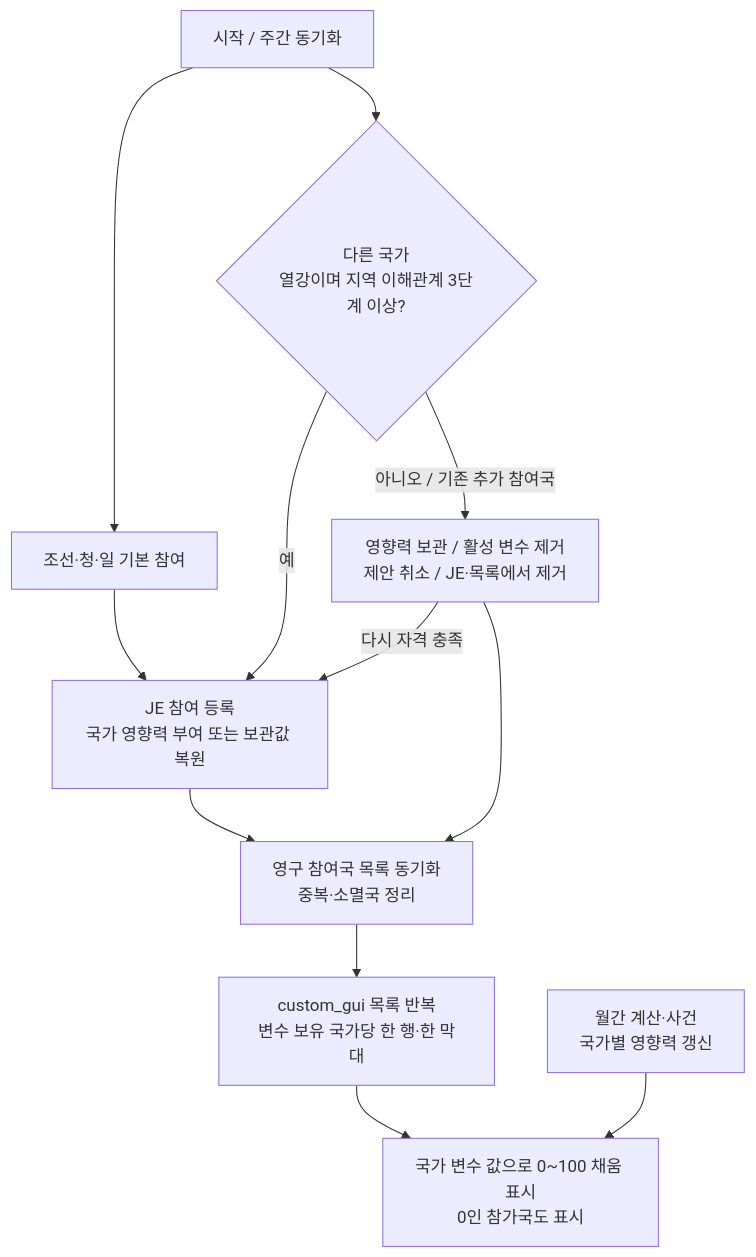
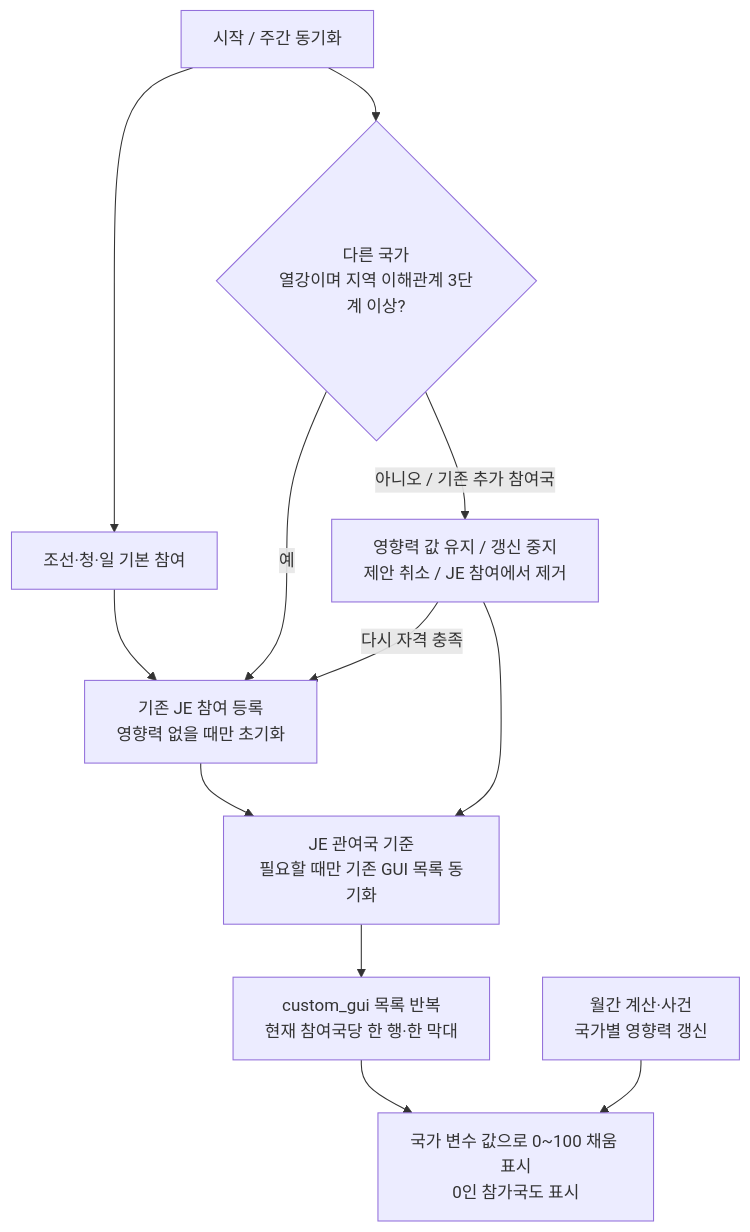
The second of 3 diagrams in scratch/scramble_for_korea_journal_design_plan.md (East-Asia-Flavor-Pack/East-Asia-Flavor-Pack), drawn with Mermaid before and after one commit. The commit also changed other lines of this file and 4 other files, not shown here.

````diff
--- a/scratch/scramble_for_korea_journal_design_plan.md
+++ b/scratch/scramble_for_korea_journal_design_plan.md
@@ -290,14 +307,14 @@
 ```mermaid
 flowchart TD
     T["시작 / 주간 동기화"] --> CORE["조선·청·일 기본 참여"]
     T --> EL{"다른 국가<br/>열강이며 지역 이해관계 3단계 이상?"}
-    CORE --> JOIN["JE 참여 등록<br/>국가 영향력 부여 또는 보관값 복원"]
+    CORE --> JOIN["기존 JE 참여 등록<br/>영향력 없을 때만 초기화"]
     EL -->|예| JOIN
-    EL -->|아니오 / 기존 추가 참여국| EXIT["영향력 보관 / 활성 변수 제거<br/>제안 취소 / JE·목록에서 제거"]
-    JOIN --> LIST["영구 참여국 목록 동기화<br/>중복·소멸국 정리"]
+    EL -->|아니오 / 기존 추가 참여국| EXIT["영향력 값 유지 / 갱신 중지<br/>제안 취소 / JE 참여에서 제거"]
+    JOIN --> LIST["JE 관여국 기준<br/>필요할 때만 기존 GUI 목록 동기화"]
     EXIT --> LIST
-    LIST --> GUI["custom_gui 목록 반복<br/>변수 보유 국가당 한 행·한 막대"]
+    LIST --> GUI["custom_gui 목록 반복<br/>현재 참여국당 한 행·한 막대"]
     GUI --> VALUE["국가 변수 값으로 0~100 채움 표시<br/>0인 참가국도 표시"]
     SCORE["월간 계산·사건<br/>국가별 영향력 갱신"] --> VALUE
     EXIT -->|다시 자격 충족| JOIN
 ```
````
